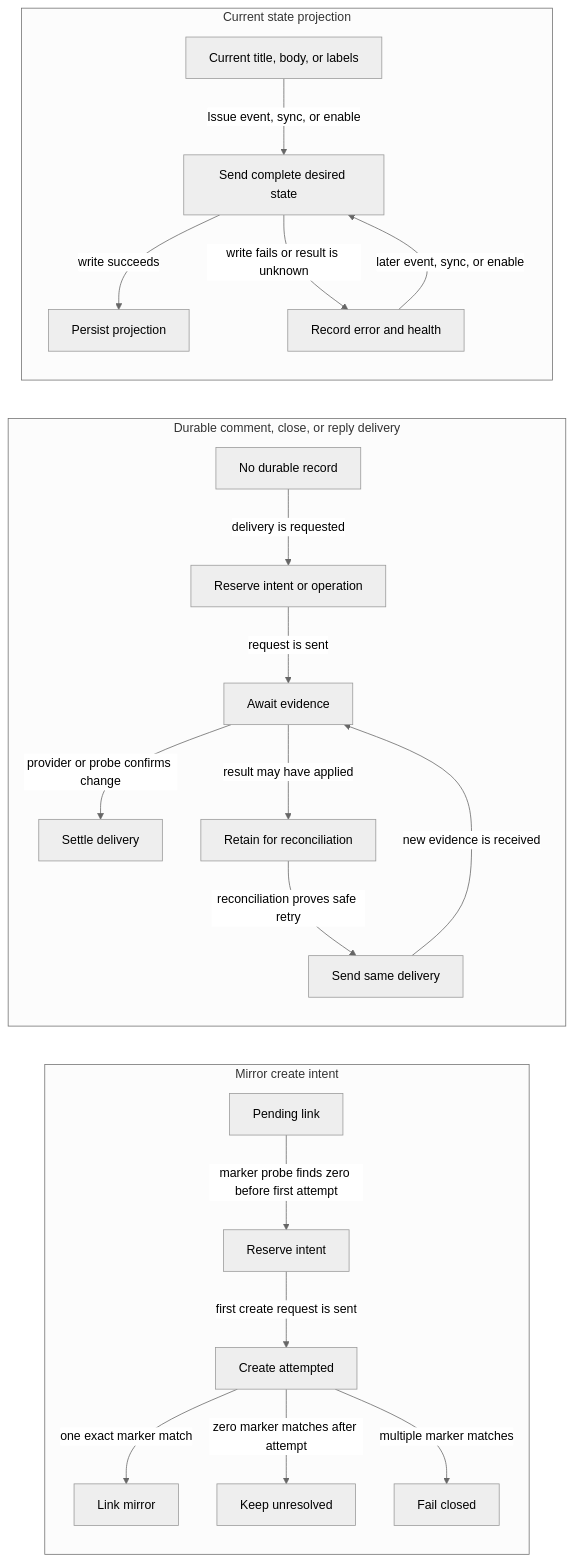
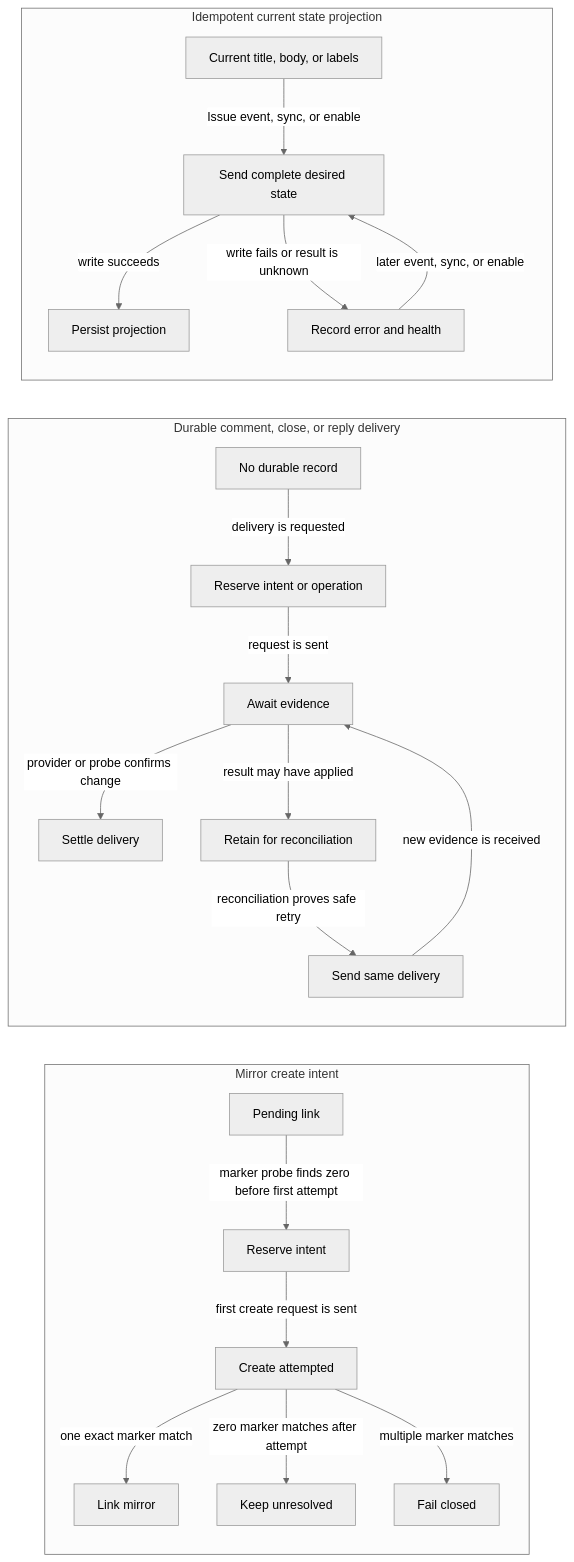
One commit to suraciii/mohist changed the first of 3 diagrams in design/github-integration.md. Above: the diagram before and after it, drawn with Mermaid (neutral theme). The commit also changed other lines of this file, not shown here.

Commit message:
docs: label current-state projection

````diff
--- a/design/github-integration.md
+++ b/design/github-integration.md
@@ -141,26 +141,26 @@
 ```mermaid
 flowchart LR
     subgraph MC["Mirror create intent"]
         M0["Pending link"] -->|"marker probe finds zero before first attempt"| M1["Reserve intent"]
         M1 -->|"first create request is sent"| M2["Create attempted"]
         M2 -->|"one exact marker match"| M3["Link mirror"]
         M2 -->|"zero marker matches after attempt"| M4["Keep unresolved"]
         M2 -->|"multiple marker matches"| M5["Fail closed"]
     end
 
     subgraph DD["Durable comment, close, or reply delivery"]
         D0["No durable record"] -->|"delivery is requested"| D1["Reserve intent or operation"]
         D1 -->|"request is sent"| D2["Await evidence"]
         D2 -->|"provider or probe confirms change"| D3["Settle delivery"]
         D2 -->|"result may have applied"| D4["Retain for reconciliation"]
         D4 -->|"reconciliation proves safe retry"| D5["Send same delivery"]
         D5 -->|"new evidence is received"| D2
     end
 
-    subgraph CS["Current state projection"]
+    subgraph CS["Idempotent current state projection"]
         C0["Current title, body, or labels"] -->|"Issue event, sync, or enable"| C1["Send complete desired state"]
         C1 -->|"write succeeds"| C2["Persist projection"]
         C1 -->|"write fails or result is unknown"| C3["Record error and health"]
         C3 -->|"later event, sync, or enable"| C1
     end
 ```
````
